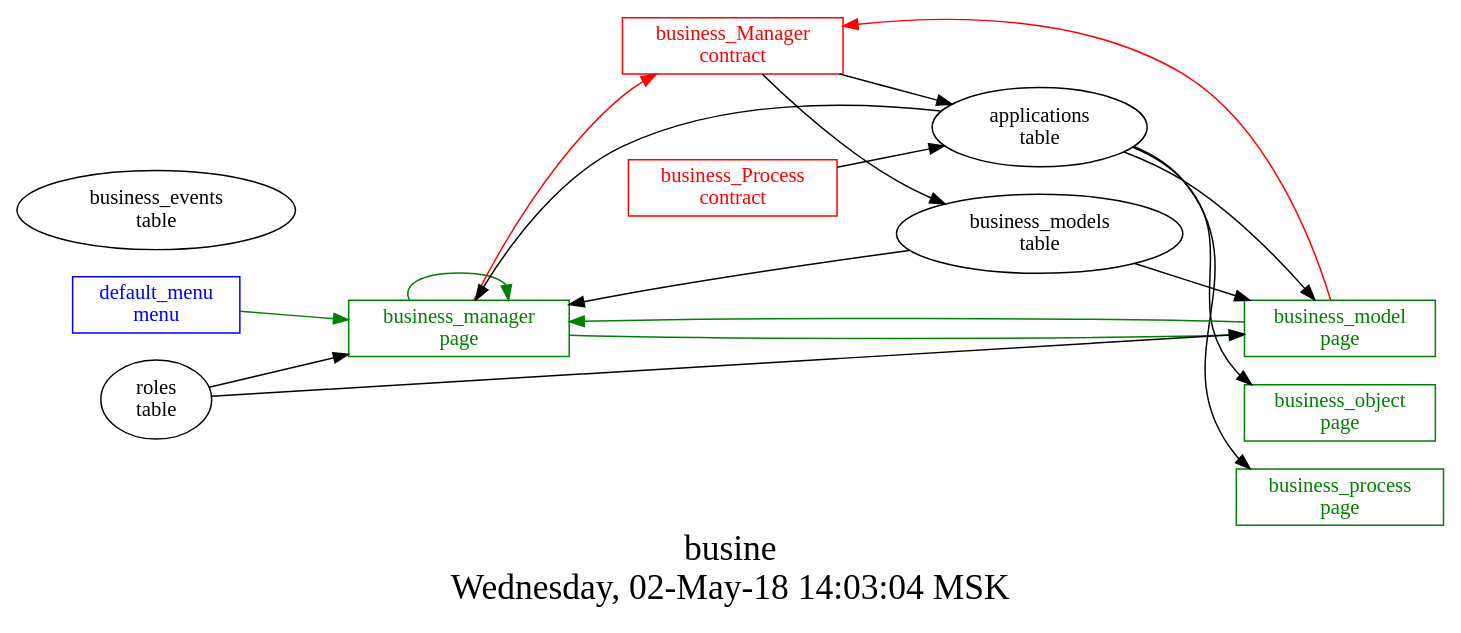
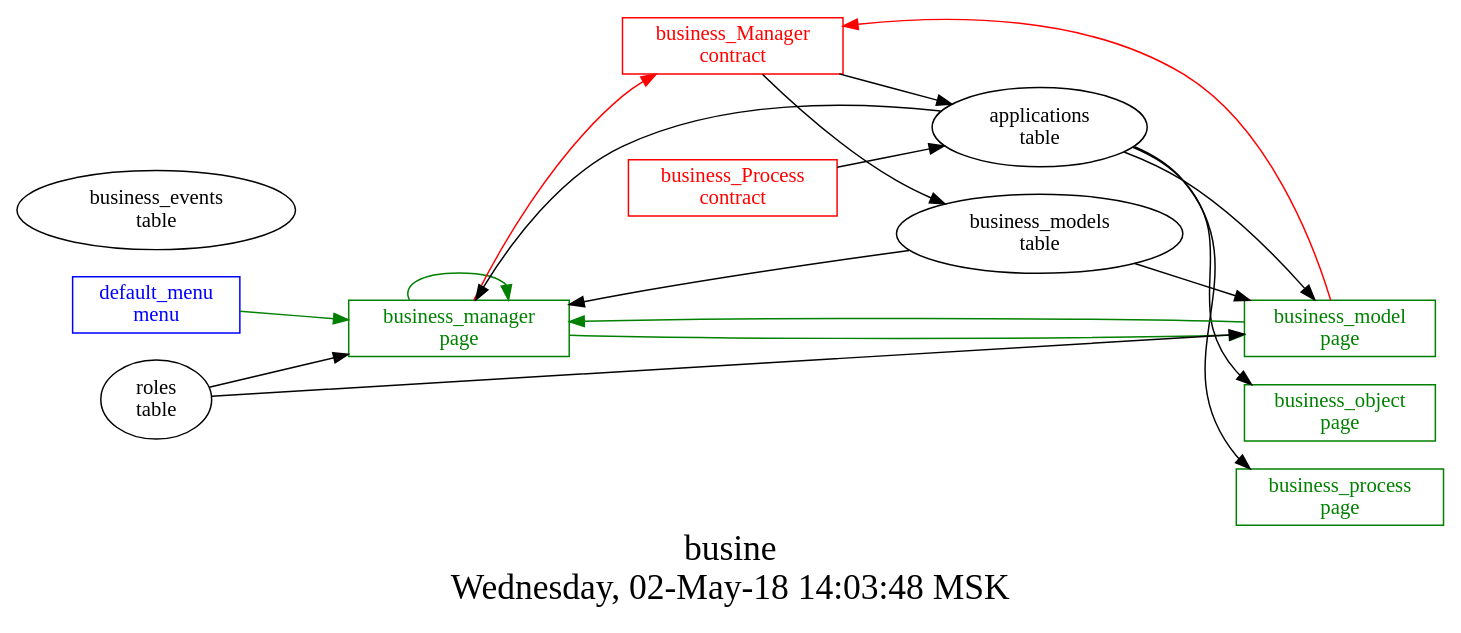
One commit to AplaProject/apps changed the diagram in src/business/struct.dot. Above: the diagram before and after it, drawn with Graphviz. The commit also changed 2 other files, not shown here.

```diff
--- a/src/business/struct.dot
+++ b/src/business/struct.dot
@@ -1,36 +1,36 @@
 digraph G {
 graph [
   fontsize="24";
-  label="busine\nWednesday, 02-May-18 14:03:04 MSK";
+  label="busine\nWednesday, 02-May-18 14:03:48 MSK";
   nojustify=true;
   ordering=out;
   rankdir=LR;
   size="30";
 ];
 "default_menu\nmenu" -> "business_manager\npage"  [ color=green ]
 "default_menu\nmenu" [color=blue, fontcolor=blue, group=menus, shape=record];
 "business_manager\npage" -> "business_Manager\ncontract"  [ color=red ]
 "applications\ntable" -> "business_manager\npage"  [ color="" ]
 "roles\ntable" -> "business_manager\npage"  [ color="" ]
 "business_models\ntable" -> "business_manager\npage"  [ color="" ]
 "business_manager\npage" -> "business_model\npage"  [ color=green ]
 "business_manager\npage" -> "business_manager\npage"  [ color=green ]
 "business_manager\npage" [color=green, fontcolor=green, group=pages, shape=record];
 "business_model\npage" -> "business_Manager\ncontract"  [ color=red ]
 "applications\ntable" -> "business_model\npage"  [ color="" ]
 "roles\ntable" -> "business_model\npage"  [ color="" ]
 "business_models\ntable" -> "business_model\npage"  [ color="" ]
 "business_model\npage" -> "business_manager\npage"  [ color=green ]
 "business_model\npage" [color=green, fontcolor=green, group=pages, shape=record];
 "applications\ntable" -> "business_object\npage"  [ color="" ]
 "business_object\npage" [color=green, fontcolor=green, group=pages, shape=record];
 "applications\ntable" -> "business_process\npage"  [ color="" ]
 "business_process\npage" [color=green, fontcolor=green, group=pages, shape=record];
 "business_Manager\ncontract" -> "applications\ntable"  [ color="" ]
 "business_Manager\ncontract" -> "business_models\ntable"  [ color="" ]
 "business_Manager\ncontract" [color=red, fontcolor=red, group=contracts, shape=record];
 "business_Process\ncontract" -> "applications\ntable"  [ color="" ]
 "business_Process\ncontract" [color=red, fontcolor=red, group=contracts, shape=record];
 "business_events\ntable" [color="", fontcolor="", group=tables, shape=""];
 "business_models\ntable" [color="", fontcolor="", group=tables, shape=""];
 }
```
